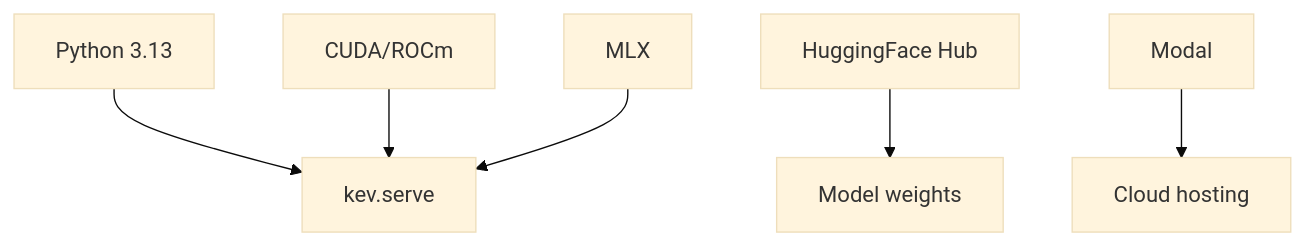
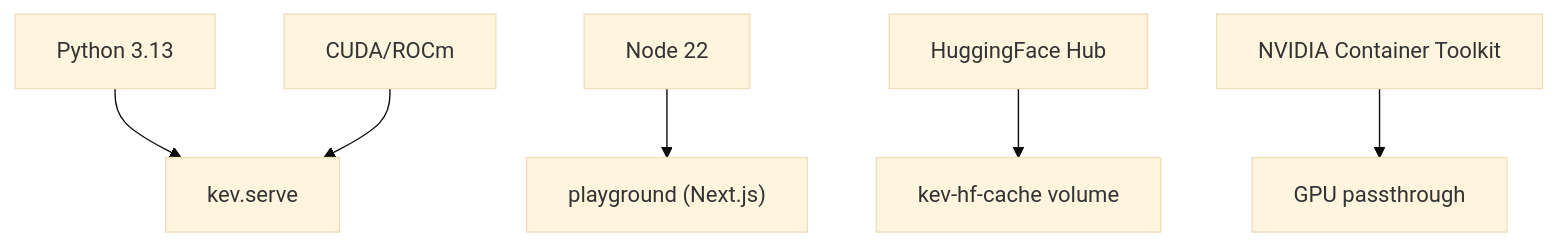
The fifth of 5 diagrams in .qoder/repowiki/en/content/Deployment Guide/Containerized Deployment/Containerized Deployment.md (joezxh/kev), drawn with Mermaid (base theme) before and after one commit. The commit also changed other lines of this file and 193 other files, not shown here.

````diff
--- a/.qoder/repowiki/en/content/Deployment Guide/Containerized Deployment/Containerized Deployment.md
+++ b/.qoder/repowiki/en/content/Deployment Guide/Containerized Deployment/Containerized Deployment.md
@@ -412,8 +216,8 @@
 ```mermaid
 graph TB
 Py["Python 3.13"] --> Serve["kev.serve"]
+Node["Node 22"] --> PG["playground (Next.js)"]
 CUDA["CUDA/ROCm"] --> Serve
-MLX["MLX"] --> Serve
-HF["HuggingFace Hub"] --> Weights["Model weights"]
-Modal["Modal"] --> Cloud["Cloud hosting"]
+HF["HuggingFace Hub"] --> Weights["kev-hf-cache volume"]
+Toolkit["NVIDIA Container Toolkit"] --> GPU["GPU passthrough"]
 ```
````
